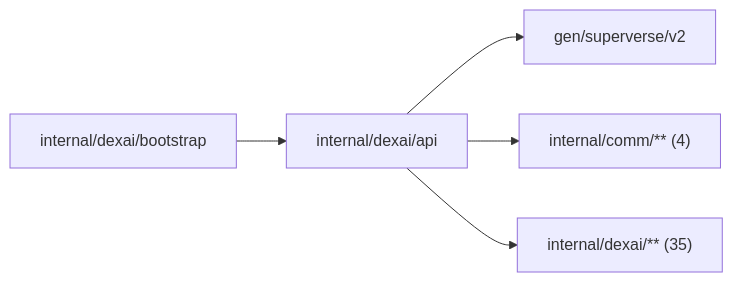
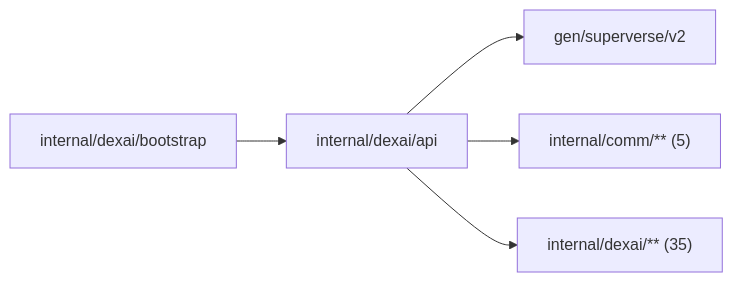
One commit to superdurable/superverse changed the diagram in internal/dexai/api/README.md. Above: the diagram before and after it, drawn with Mermaid. The commit also changed other lines of this file and 126 other files, not shown here.

````diff
--- a/internal/dexai/api/README.md
+++ b/internal/dexai/api/README.md
@@ -10,8 +10,8 @@
 ```mermaid
 flowchart LR
   self["internal/dexai/api"]
   c0["internal/dexai/bootstrap"] --> self
   self --> d0["gen/superverse/v2"]
-  self --> d1["internal/comm/** (4)"]
+  self --> d1["internal/comm/** (5)"]
   self --> d2["internal/dexai/** (35)"]
 ```
````
